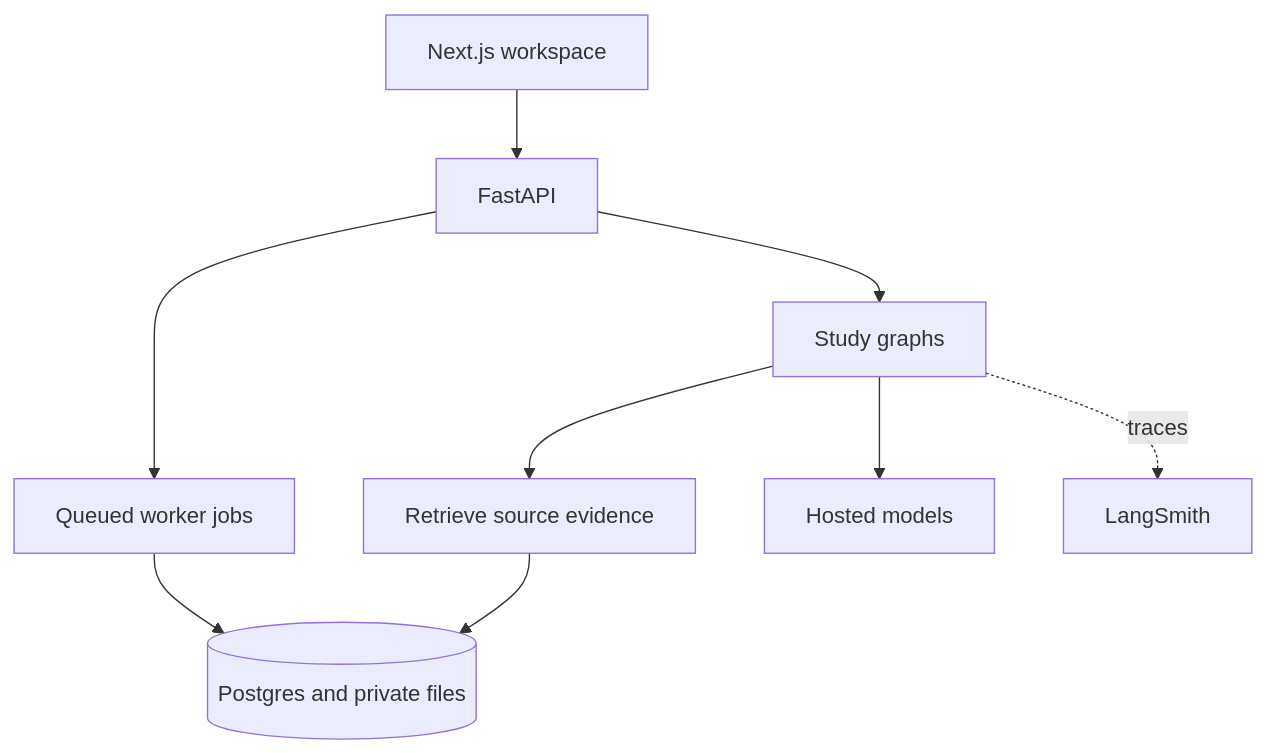
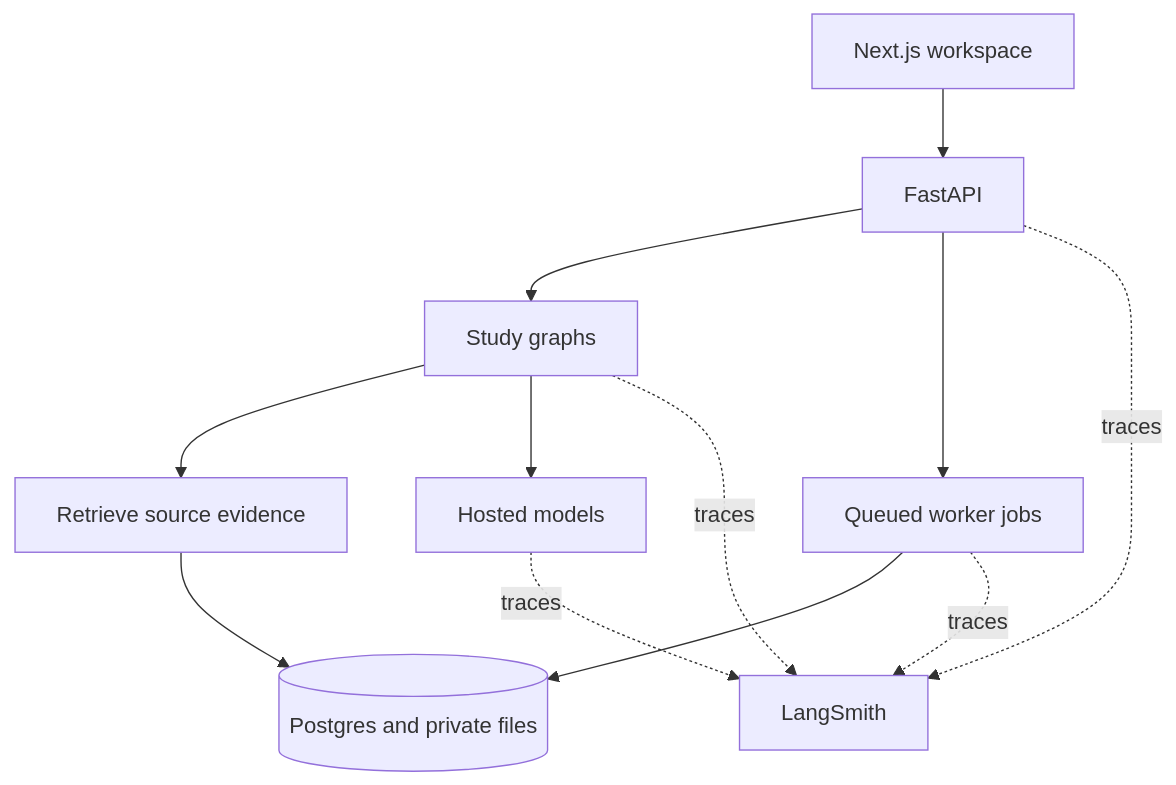
The diagram in README.md (rabhishek100/agentic_study_partner), drawn with Mermaid before and after one commit. The commit also changed other lines of this file and 6 other files, not shown here.

````diff
--- a/README.md
+++ b/README.md
@@ -25,11 +25,14 @@
 ```mermaid
 flowchart TD
     UI[Next.js workspace] --> API[FastAPI]
     API --> G[Study graphs]
     API --> W[Queued worker jobs]
     W --> D[(Postgres and private files)]
     G --> R[Retrieve source evidence]
     R --> D
     G --> M[Hosted models]
     G -. traces .-> L[LangSmith]
+    API -. traces .-> L
+    W -. traces .-> L
+    M -. traces .-> L
 ```
````
